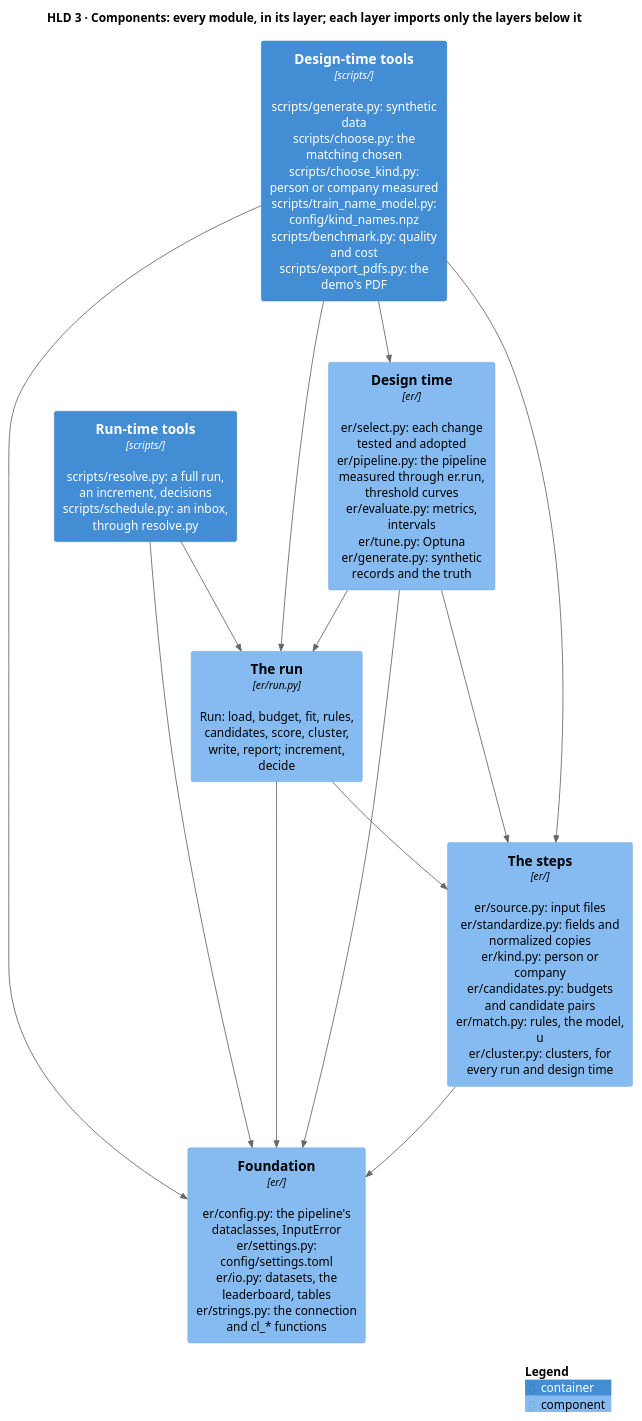
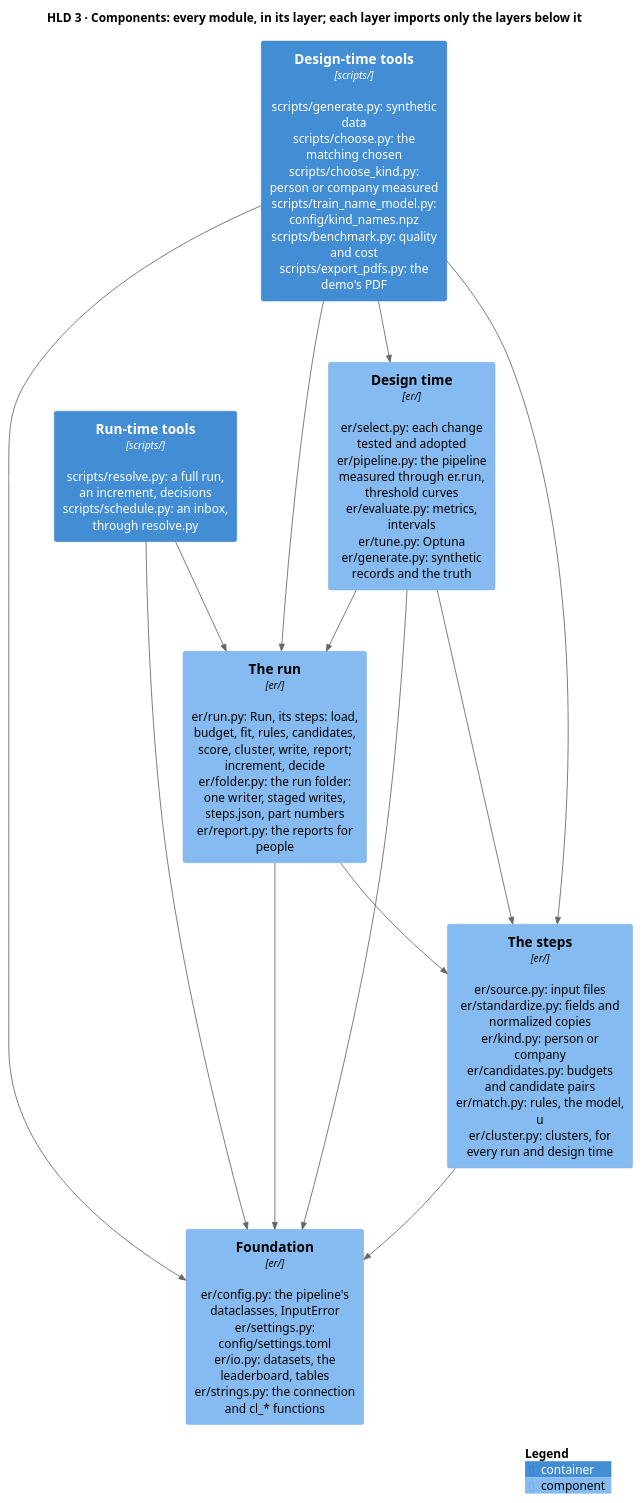
The diagram in docs/diagrams/components.puml (mvsbm/entity_matching), drawn with PlantUML before and after one commit. The commit also changed 28 other files, not shown here.

```diff
--- a/docs/diagrams/components.puml
+++ b/docs/diagrams/components.puml
@@ -1,29 +1,29 @@
 @startuml components
 !include <C4/C4_Component>
 LAYOUT_TOP_DOWN()
 HIDE_STEREOTYPE()
 title HLD 3 · Components: every module, in its layer; each layer imports only the layers below it
 
 Container(tools_run, "Run-time tools", "scripts/", "scripts/resolve.py: a full run, an increment, decisions\nscripts/schedule.py: an inbox, through resolve.py")
 Container(tools_design, "Design-time tools", "scripts/", "scripts/generate.py: synthetic data\nscripts/choose.py: the matching chosen\nscripts/choose_kind.py: person or company measured\nscripts/train_name_model.py: config/kind_names.npz\nscripts/benchmark.py: quality and cost\nscripts/export_pdfs.py: the demo's PDF")
 
-Component(run, "The run", "er/run.py", "Run: load, budget, fit, rules, candidates, score, cluster, write, report; increment, decide")
+Component(run, "The run", "er/", "er/run.py: Run, its steps: load, budget, fit, rules, candidates, score, cluster, write, report; increment, decide\ner/folder.py: the run folder: one writer, staged writes, steps.json, part numbers\ner/report.py: the reports for people")
 Component(design, "Design time", "er/", "er/select.py: each change tested and adopted\ner/pipeline.py: the pipeline measured through er.run, threshold curves\ner/evaluate.py: metrics, intervals\ner/tune.py: Optuna\ner/generate.py: synthetic records and the truth")
 Component(steps, "The steps", "er/", "er/source.py: input files\ner/standardize.py: fields and normalized copies\ner/kind.py: person or company\ner/candidates.py: budgets and candidate pairs\ner/match.py: rules, the model, u\ner/cluster.py: clusters, for every run and design time")
 Component(configuration, "Foundation", "er/", "er/config.py: the pipeline's dataclasses, InputError\ner/settings.py: config/settings.toml\ner/io.py: datasets, the leaderboard, tables\ner/strings.py: the connection and cl_* functions")
 
 Rel_D(tools_run, run, "")
 Rel_D(tools_run, configuration, "")
 Rel_D(tools_design, run, "")
 Rel_D(tools_design, design, "")
 Rel_D(tools_design, steps, "")
 Rel_D(tools_design, configuration, "")
 Rel_D(run, steps, "")
 Rel_D(run, configuration, "")
 Rel_D(design, run, "")
 Rel_D(design, steps, "")
 Rel_D(design, configuration, "")
 Rel_D(steps, configuration, "")
 
 SHOW_LEGEND()
 @enduml
```
